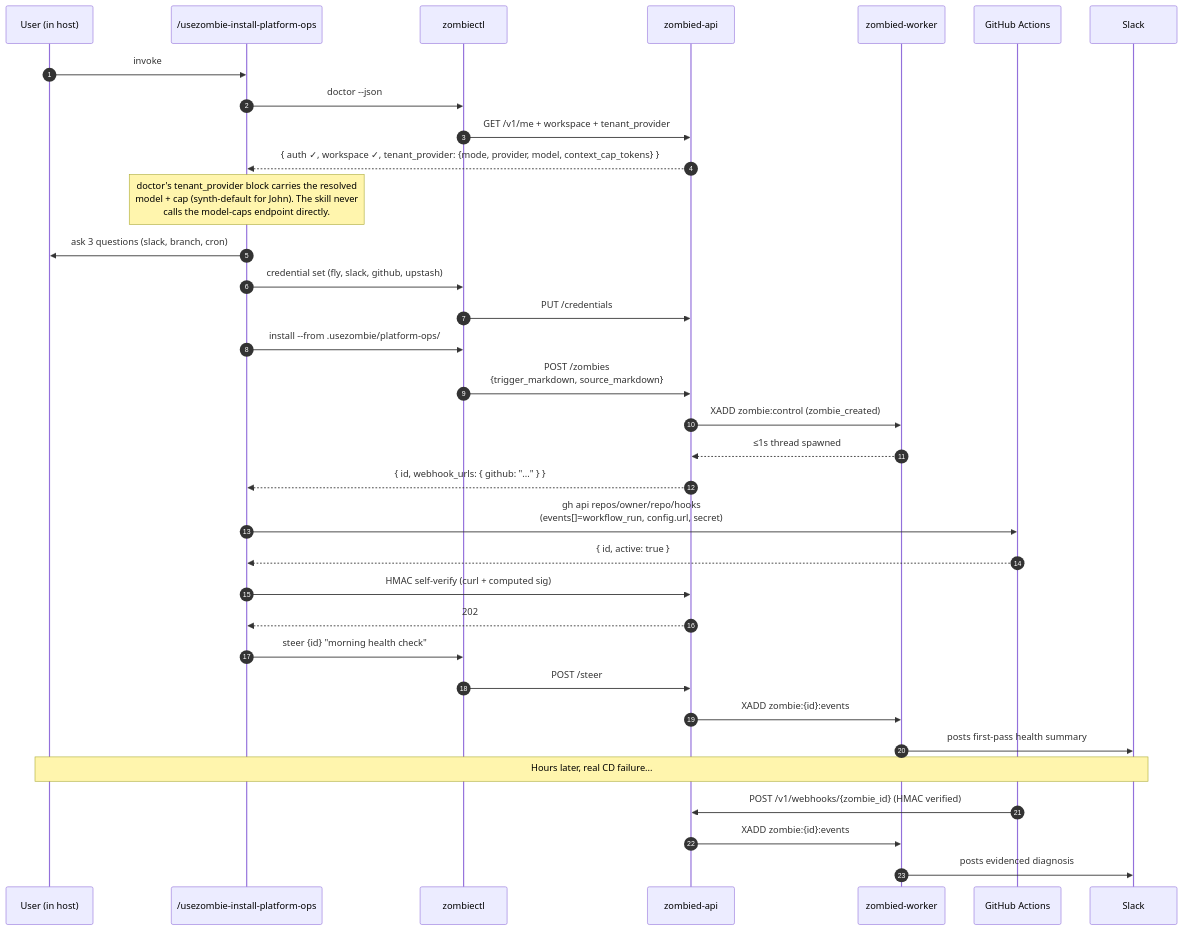
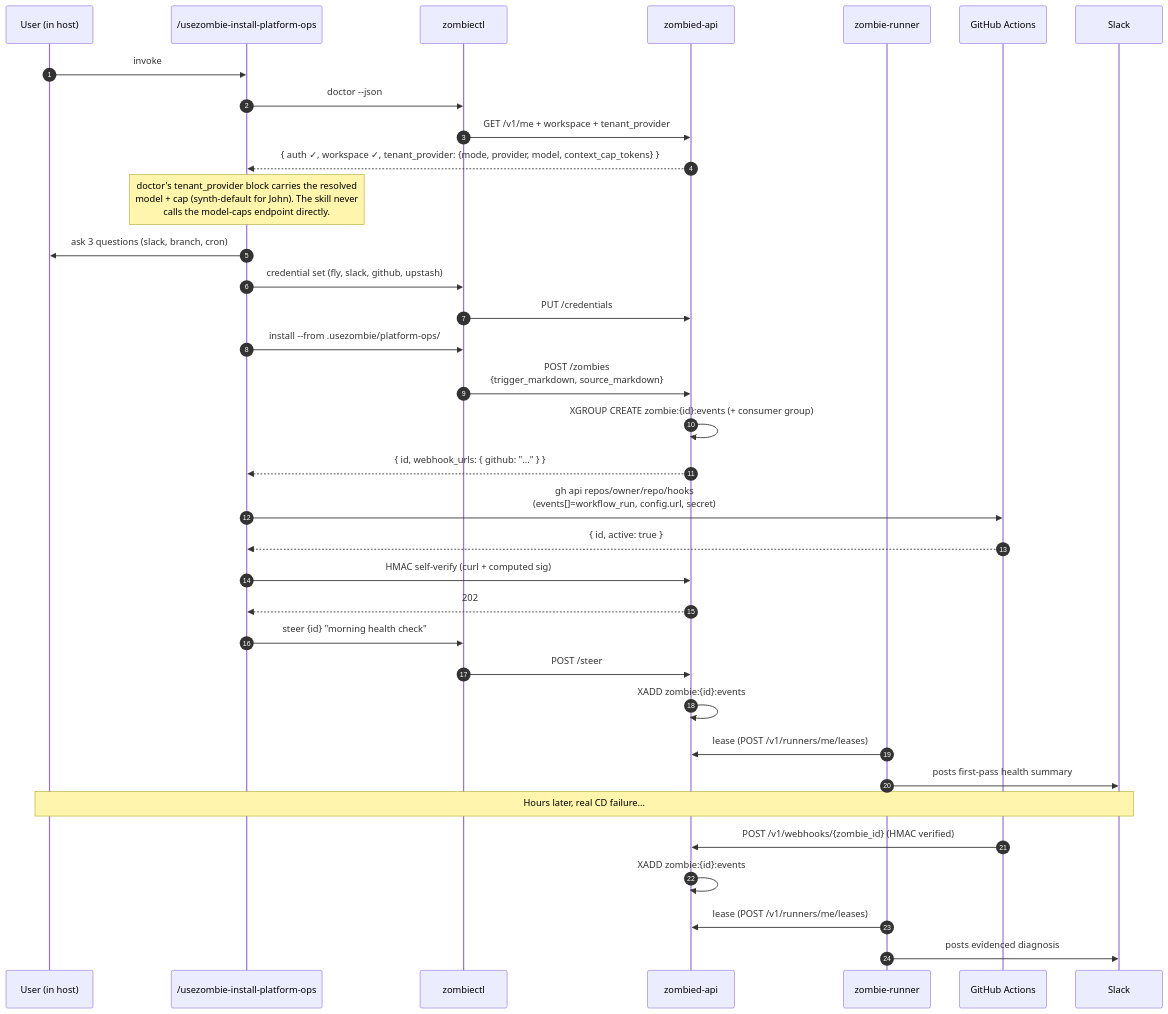
The diagram in docs/architecture/scenarios/01_default_install.md (usezombie/usezombie), drawn with Mermaid before and after one commit. The commit also changed other lines of this file and 24 other files, not shown here.

````diff
--- a/docs/architecture/scenarios/01_default_install.md
+++ b/docs/architecture/scenarios/01_default_install.md
@@ -13,37 +13,38 @@
 ```mermaid
 sequenceDiagram
     autonumber
     participant Op as User (in host)
     participant Skill as /usezombie-install-platform-ops
     participant CLI as zombiectl
     participant API as zombied-api
-    participant Worker as zombied-worker
+    participant Runner as zombie-runner
     participant GH as GitHub Actions
     participant Slack
 
     Op->>Skill: invoke
     Skill->>CLI: doctor --json
     CLI->>API: GET /v1/me + workspace + tenant_provider
     API-->>Skill: { auth ✓, workspace ✓, tenant_provider: {mode, provider, model, context_cap_tokens} }
     Note over Skill: doctor's tenant_provider block carries the resolved<br/>model + cap (synth-default for John). The skill never<br/>calls the model-caps endpoint directly.
     Skill->>Op: ask 3 questions (slack, branch, cron)
     Skill->>CLI: credential set (fly, slack, github, upstash)
     CLI->>API: PUT /credentials
     Skill->>CLI: install --from .usezombie/platform-ops/
     CLI->>API: POST /zombies<br/>{trigger_markdown, source_markdown}
-    API->>Worker: XADD zombie:control (zombie_created)
-    Worker-->>API: ≤1s thread spawned
+    API->>API: XGROUP CREATE zombie:{id}:events (+ consumer group)
     API-->>Skill: { id, webhook_urls: { github: "..." } }
     Skill->>GH: gh api repos/owner/repo/hooks<br/>(events[]=workflow_run, config.url, secret)
     GH-->>Skill: { id, active: true }
     Skill->>API: HMAC self-verify (curl + computed sig)
     API-->>Skill: 202
     Skill->>CLI: steer {id} "morning health check"
     CLI->>API: POST /steer
-    API->>Worker: XADD zombie:{id}:events
-    Worker->>Slack: posts first-pass health summary
+    API->>API: XADD zombie:{id}:events
+    Runner->>API: lease (POST /v1/runners/me/leases)
+    Runner->>Slack: posts first-pass health summary
     Note over Op,Slack: Hours later, real CD failure...
     GH->>API: POST /v1/webhooks/{zombie_id} (HMAC verified)
-    API->>Worker: XADD zombie:{id}:events
-    Worker->>Slack: posts evidenced diagnosis
+    API->>API: XADD zombie:{id}:events
+    Runner->>API: lease (POST /v1/runners/me/leases)
+    Runner->>Slack: posts evidenced diagnosis
 ```
````
